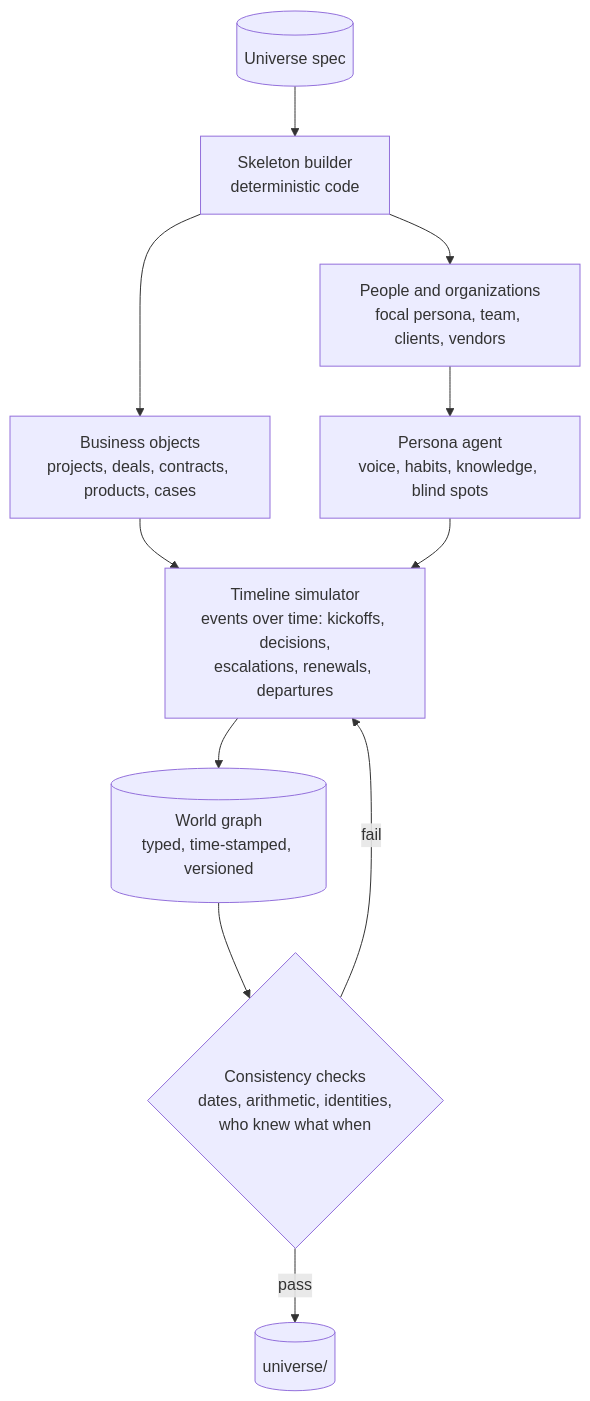
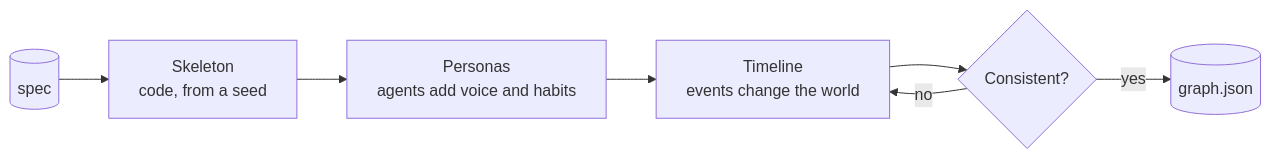
Before and after one commit to nbdesai1992/orbifex: the fifth of 10 diagrams in README.md, drawn with Mermaid. The commit also changed other lines of this file and 6 other files, not shown here.

````diff
--- a/README.md
+++ b/README.md
@@ -193,13 +257,9 @@
 ```mermaid
-flowchart TD
-  SPEC[("Universe spec")] --> SK["Skeleton builder<br/>deterministic code"]
-  SK --> ORG["People and organizations<br/>focal persona, team, clients, vendors"]
-  SK --> BIZ["Business objects<br/>projects, deals, contracts, products, cases"]
-  ORG --> PER["Persona agent<br/>voice, habits, knowledge, blind spots"]
-  BIZ --> TL["Timeline simulator<br/>events over time: kickoffs, decisions,<br/>escalations, renewals, departures"]
-  PER --> TL
-  TL --> G[("World graph<br/>typed, time-stamped, versioned")]
-  G --> CHK{"Consistency checks<br/>dates, arithmetic, identities,<br/>who knew what when"}
-  CHK -- fail --> TL
-  CHK -- pass --> OUT[("universe/")]
+flowchart LR
+  SP[("spec")] --> SK["Skeleton<br/>code, from a seed"]
+  SK --> PE["Personas<br/>agents add voice and habits"]
+  PE --> TL["Timeline<br/>events change the world"]
+  TL --> CK{"Consistent?"}
+  CK -- no --> TL
+  CK -- yes --> G[("graph.json")]
 ```
````
